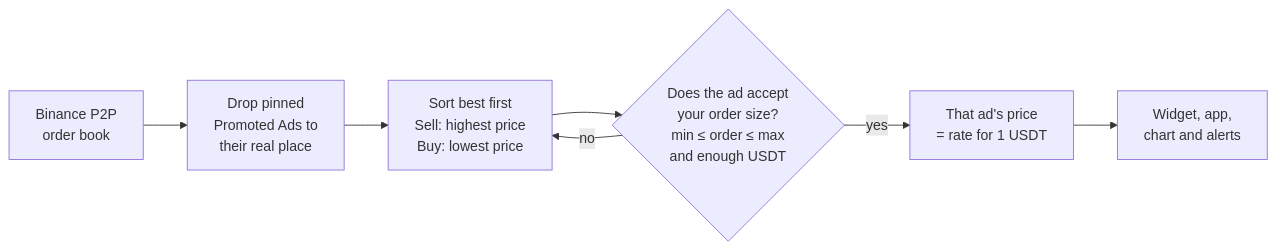
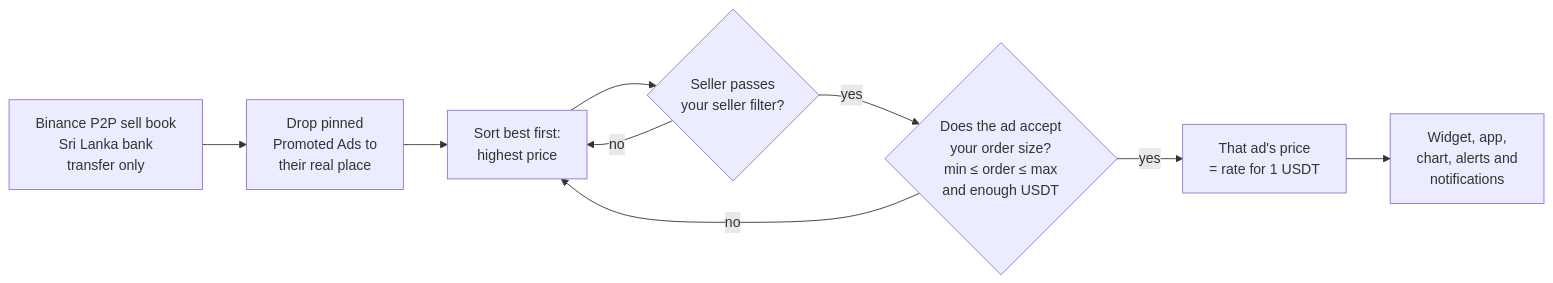
One commit to ruchira-edirisinghe/p2p-lkr-widget-app changed the first of 2 diagrams in README.md. Above: the diagram before and after it, drawn with Mermaid. The commit also changed other lines of this file and 17 other files, not shown here.

````diff
--- a/README.md
+++ b/README.md
@@ -345,9 +385,11 @@
 ```mermaid
 flowchart LR
-    A[Binance P2P<br>order book] --> B[Drop pinned<br>Promoted Ads to<br>their real place]
-    B --> C[Sort best first<br>Sell: highest price<br>Buy: lowest price]
-    C --> D{Does the ad accept<br>your order size?<br>min ≤ order ≤ max<br>and enough USDT}
+    A[Binance P2P sell book<br>Sri Lanka bank<br>transfer only] --> B[Drop pinned<br>Promoted Ads to<br>their real place]
+    B --> C[Sort best first:<br>highest price]
+    C --> S{Seller passes<br>your seller filter?}
+    S -- no --> C
+    S -- yes --> D{Does the ad accept<br>your order size?<br>min ≤ order ≤ max<br>and enough USDT}
     D -- no --> C
     D -- yes --> E[That ad's price<br>= rate for 1 USDT]
-    E --> F[Widget, app,<br>chart and alerts]
+    E --> F[Widget, app,<br>chart, alerts and<br>notifications]
 ```
````
